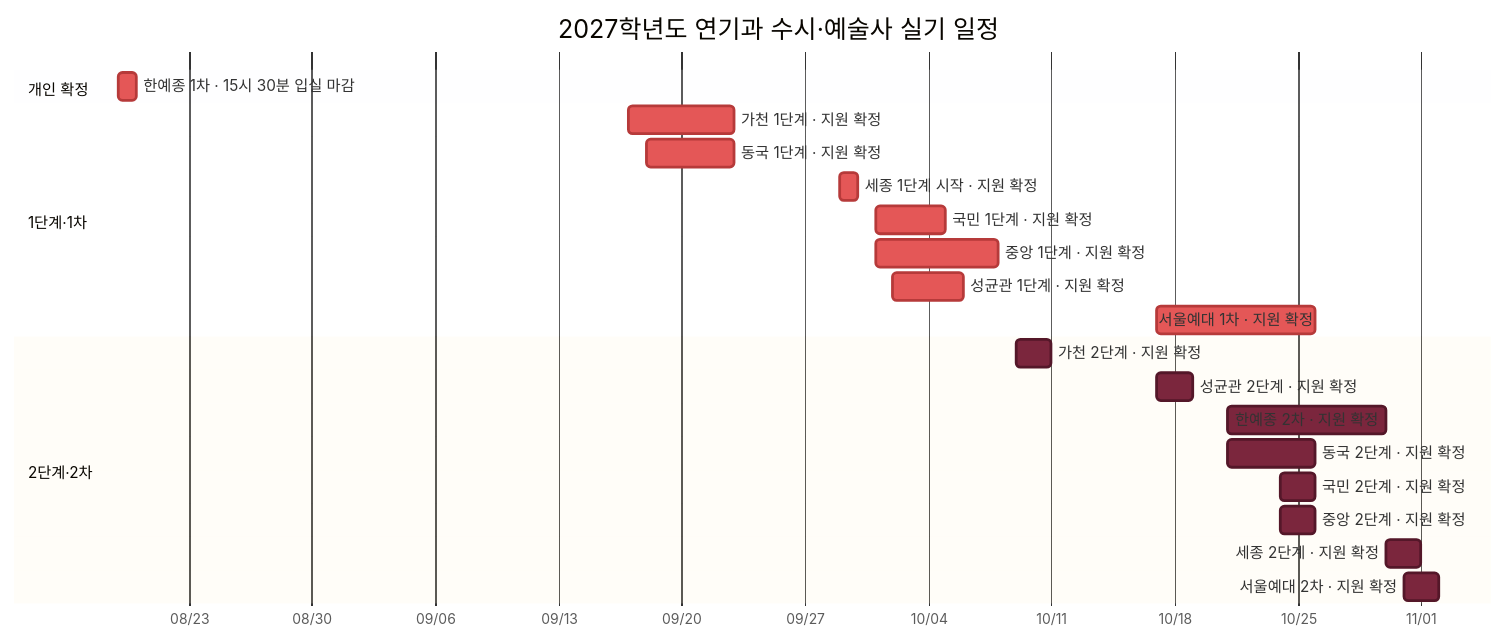
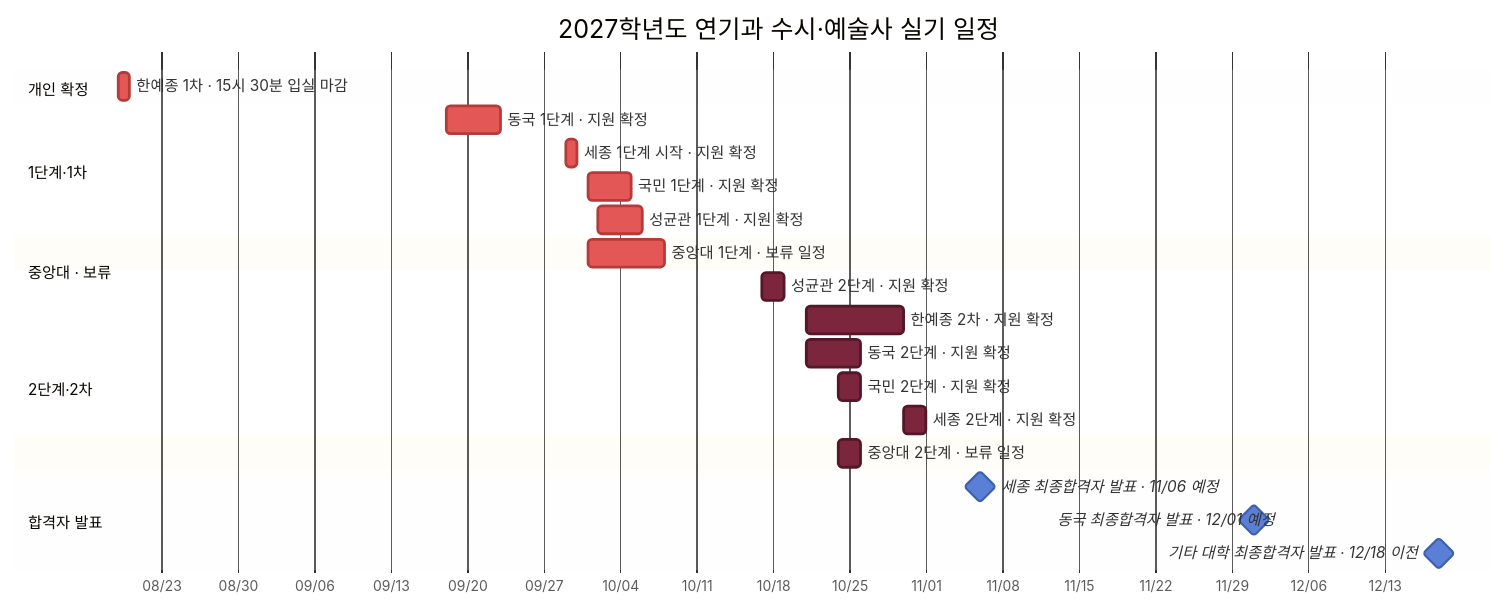
The diagram in 정리/입시/2027 연기과 시험 일정 그래프.md (Aera0512/Base_), drawn with Mermaid before and after one commit. The commit also changed other lines of this file, not shown here.

````diff
--- a/정리/입시/2027 연기과 시험 일정 그래프.md
+++ b/정리/입시/2027 연기과 시험 일정 그래프.md
@@ -19,29 +20,34 @@
 ```mermaid
 %%{init: {"theme":"base","themeVariables":{"taskBkgColor":"#5B7FD6","taskBorderColor":"#3F61AD","critBkgColor":"#E45757","critBorderColor":"#B63A3A","doneTaskBkgColor":"#7B263D","doneTaskBorderColor":"#541729","doneTaskTextColor":"#FFFFFF"}}}%%
 gantt
     title 2027학년도 연기과 수시·예술사 실기 일정
     dateFormat  YYYY-MM-DD
     axisFormat  %m/%d
 
     section 개인 확정
     한예종 1차 · 15시 30분 입실 마감 :crit, karts1, 2026-08-19, 1d
 
     section 1단계·1차
-    가천 1단계 · 지원 확정         :crit, gachon1, 2026-09-17, 2026-09-23
     동국 1단계 · 지원 확정         :crit, dongguk1, 2026-09-18, 2026-09-23
     세종 1단계 시작 · 지원 확정     :crit, sejong1, 2026-09-29, 1d
     국민 1단계 · 지원 확정          :crit, kookmin1, 2026-10-01, 2026-10-05
-    중앙 1단계 · 지원 확정          :crit, cau1, 2026-10-01, 2026-10-08
     성균관 1단계 · 지원 확정       :crit, skku1, 2026-10-02, 2026-10-06
-    서울예대 1차 · 지원 확정        :crit, seoularts1, 2026-10-17, 2026-10-26
+
+    section 중앙대 · 보류
+    중앙대 1단계 · 보류 일정        :crit, cau1, 2026-10-01, 2026-10-08
 
     section 2단계·2차
-    가천 2단계 · 지원 확정         :done, gachon2, 2026-10-09, 2026-10-11
     성균관 2단계 · 지원 확정       :done, skku2, 2026-10-17, 2026-10-19
     한예종 2차 · 지원 확정         :done, karts2, 2026-10-21, 2026-10-30
     동국 2단계 · 지원 확정         :done, dongguk2, 2026-10-21, 2026-10-26
     국민 2단계 · 지원 확정          :done, kookmin2, 2026-10-24, 2026-10-26
-    중앙 2단계 · 지원 확정          :done, cau2, 2026-10-24, 2026-10-26
     세종 2단계 · 지원 확정          :done, sejong2, 2026-10-30, 2026-11-01
-    서울예대 2차 · 지원 확정        :done, seoularts2, 2026-10-31, 2026-11-02
+
+    section 중앙대 · 보류
+    중앙대 2단계 · 보류 일정        :done, cau2, 2026-10-24, 2026-10-26
+
+    section 합격자 발표
+    세종 최종합격자 발표 · 11/06 예정 :milestone, sejongpass, 2026-11-06, 0d
+    동국 최종합격자 발표 · 12/01 예정 :milestone, donggukpass, 2026-12-01, 0d
+    기타 대학 최종합격자 발표 · 12/18 이전 :milestone, passcommon, 2026-12-18, 0d
 ```
````
